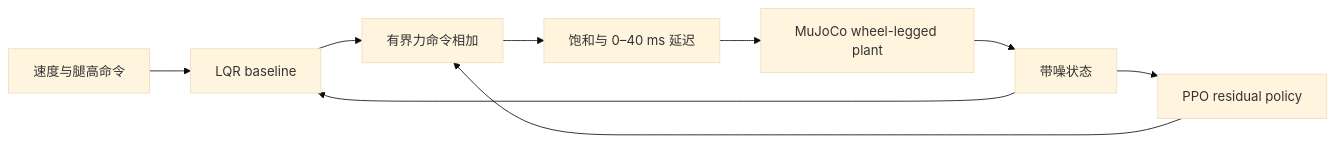
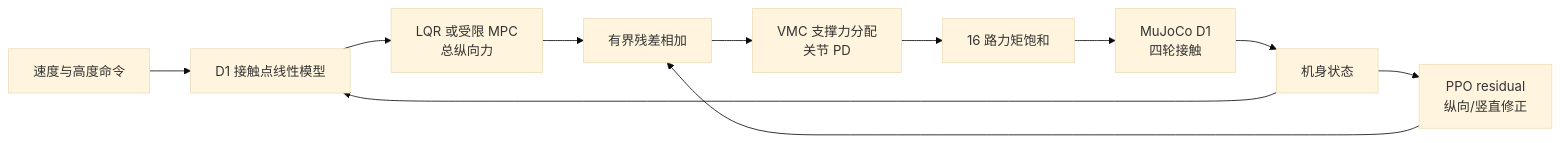
The diagram in README.md (LYHrmer/wheel-legged-control-lab), drawn with Mermaid (base theme) before and after one commit. The commit also changed other lines of this file and 44 other files, not shown here.

````diff
--- a/README.md
+++ b/README.md
@@ -42,11 +61,13 @@
 ```mermaid
 flowchart LR
-    C[速度与腿高命令] --> B[LQR baseline]
-    S[带噪状态] --> B
-    S --> P[PPO residual policy]
-    B --> A[有界力命令相加]
+    C[速度与高度命令] --> O[D1 接触点线性模型]
+    S[机身状态] --> O
+    O --> L[LQR 或受限 MPC<br/>总纵向力]
+    S --> P[PPO residual<br/>纵向/竖直修正]
+    L --> A[有界残差相加]
     P --> A
-    A --> D[饱和与 0–40 ms 延迟]
-    D --> M[MuJoCo wheel-legged plant]
+    A --> V[VMC 支撑力分配<br/>关节 PD]
+    V --> T[16 路力矩饱和]
+    T --> M[MuJoCo D1<br/>四轮接触]
     M --> S
 ```
````
